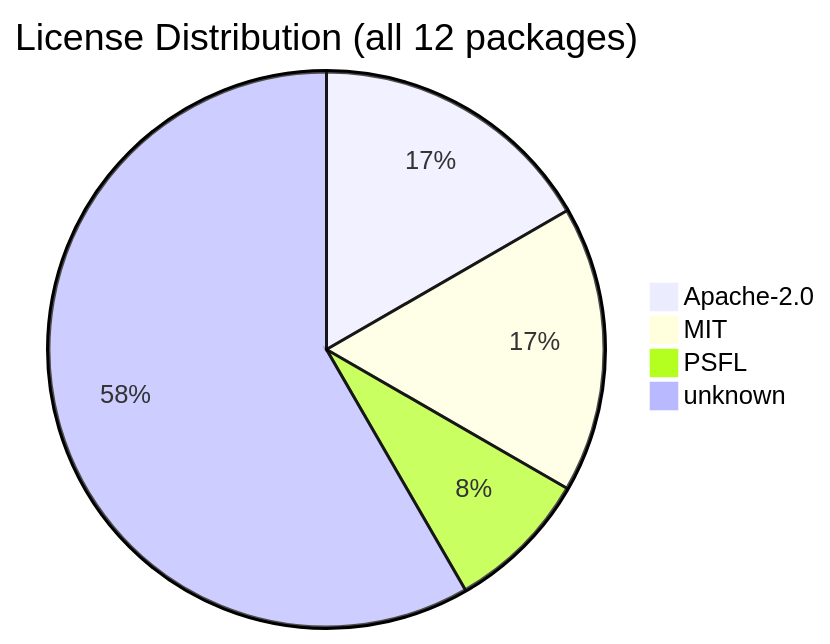
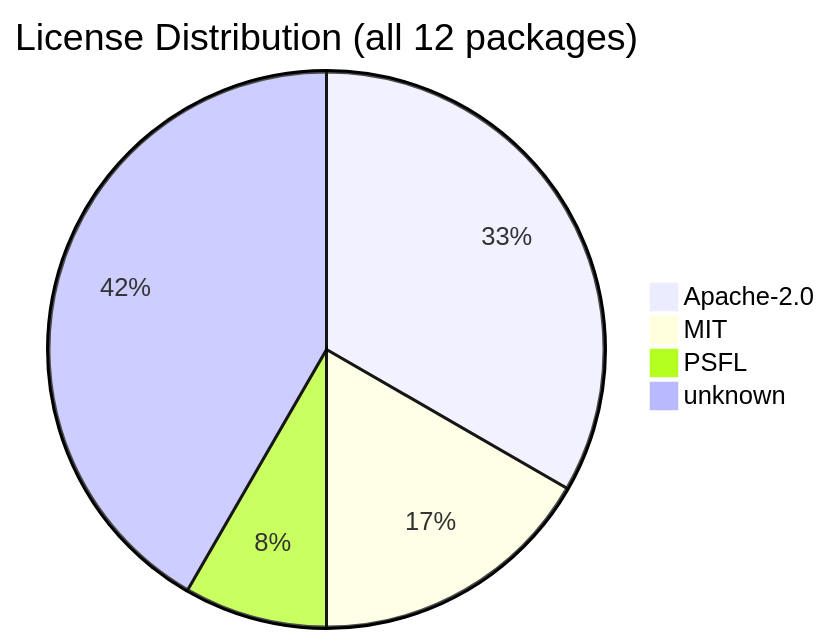
The diagram in .shipwright/compliance/sbom.md (svenroth-ai/shipwright), drawn with Mermaid before and after one commit. The commit also changed other lines of this file and 69 other files, not shown here.

First line of the commit message:
feat(iterate): internal architecture-review arm for /shipwright-plan and /shipwright-iterate (#813)

````diff
--- a/.shipwright/compliance/sbom.md
+++ b/.shipwright/compliance/sbom.md
@@ -20,7 +20,7 @@
 ```mermaid
 pie title License Distribution (all 12 packages)
-    "Apache-2.0" : 2
+    "Apache-2.0" : 4
     "MIT" : 2
     "PSFL" : 1
-    "unknown" : 7
+    "unknown" : 5
 ```
````
